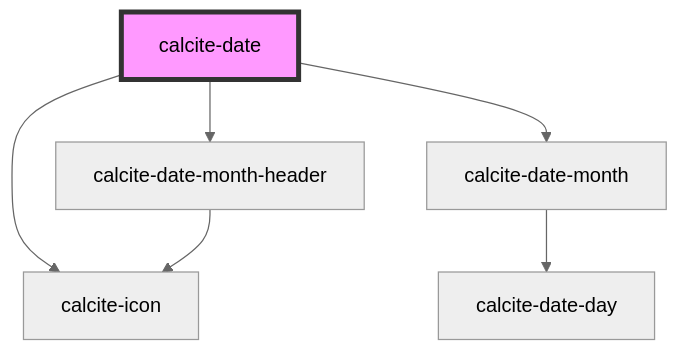
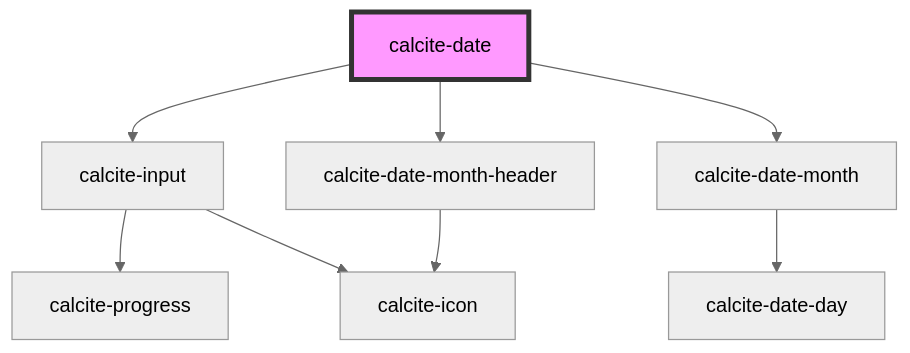
Before and after one commit to vikivakarvc/calcite-design-system: the diagram in src/components/calcite-date/readme.md, drawn with Mermaid (neutral theme). The commit also changed other lines of this file and 10 other files, not shown here.

Commit message:
:rotating_light: show-calendar now active in calcite date, :broom: v1 calcite date cleanup (#463)

````diff
--- a/src/components/calcite-date/readme.md
+++ b/src/components/calcite-date/readme.md
@@ -53,9 +52,11 @@
 ```mermaid
 graph TD;
-  calcite-date --> calcite-icon
+  calcite-date --> calcite-input
   calcite-date --> calcite-date-month-header
   calcite-date --> calcite-date-month
+  calcite-input --> calcite-progress
+  calcite-input --> calcite-icon
   calcite-date-month-header --> calcite-icon
   calcite-date-month --> calcite-date-day
   style calcite-date fill:#f9f,stroke:#333,stroke-width:4px
 ```
````
